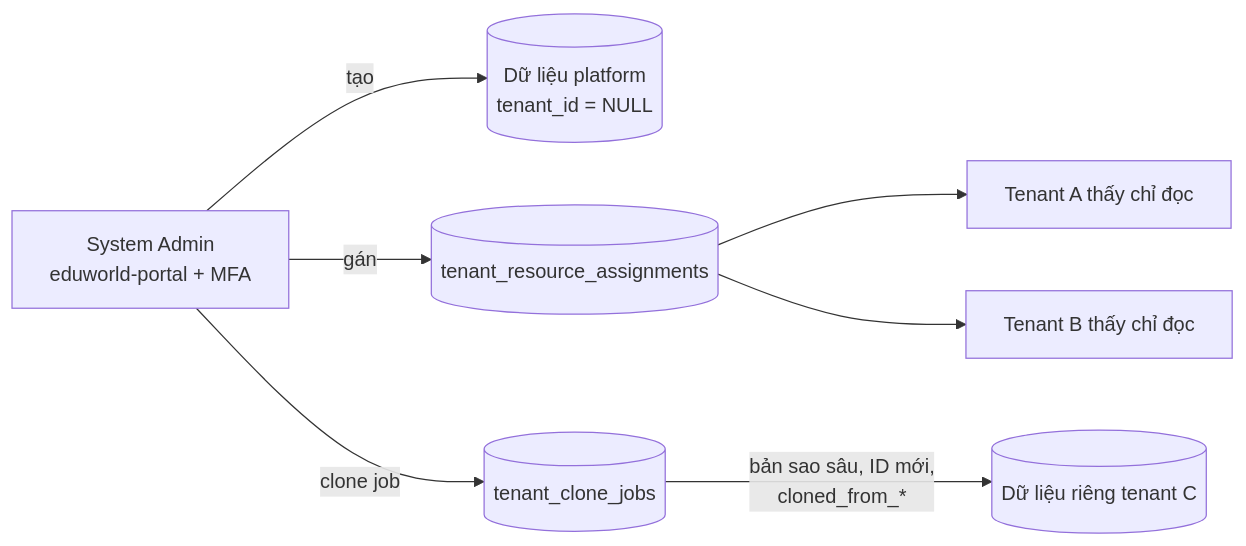
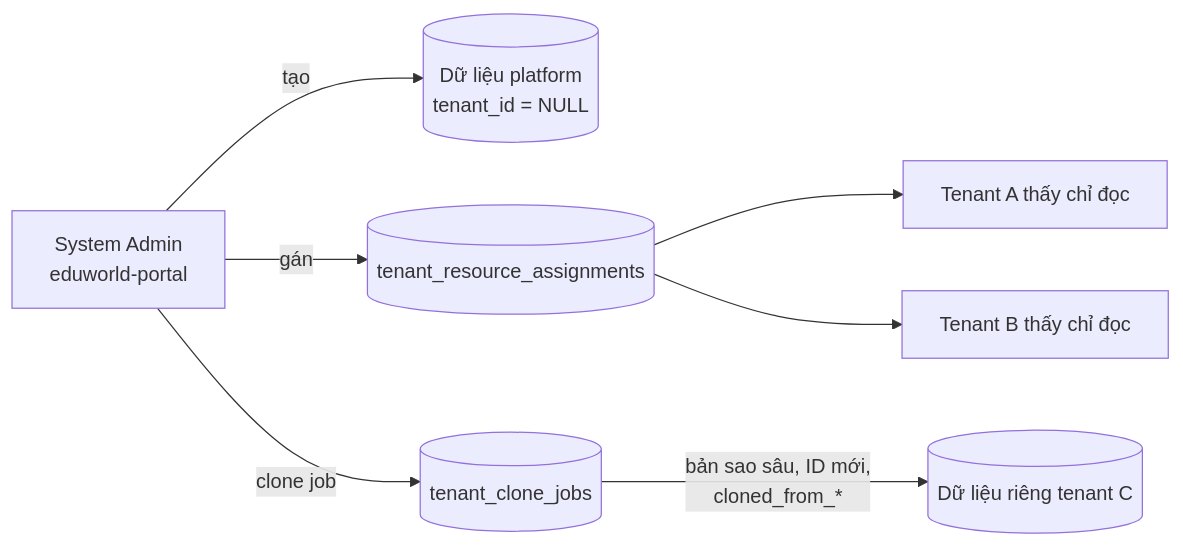
One commit to tanguyen2020/eduworld-platform changed the third of 3 diagrams in docs/06-architecture/MULTITENANCY.md. Above: the diagram before and after it, drawn with Mermaid. The commit also changed other lines of this file and 242 other files, not shown here.

First line of the commit message:
feat(identity): remove MFA (TOTP) from the Admin Portal login (ADR-0094)

````diff
--- a/docs/06-architecture/MULTITENANCY.md
+++ b/docs/06-architecture/MULTITENANCY.md
@@ -347,9 +347,9 @@
 ```mermaid
 flowchart LR
-  SA[System Admin\neduworld-portal + MFA] -->|tạo| PD[(Dữ liệu platform\ntenant_id = NULL)]
+  SA[System Admin\neduworld-portal] -->|tạo| PD[(Dữ liệu platform\ntenant_id = NULL)]
   SA -->|gán| AS[(tenant_resource_assignments)]
   AS --> TA[Tenant A thấy chỉ đọc]
   AS --> TB[Tenant B thấy chỉ đọc]
   SA -->|clone job| CJ[(tenant_clone_jobs)]
   CJ -->|bản sao sâu, ID mới,\ncloned_from_*| TC[(Dữ liệu riêng tenant C)]
 ```
````
